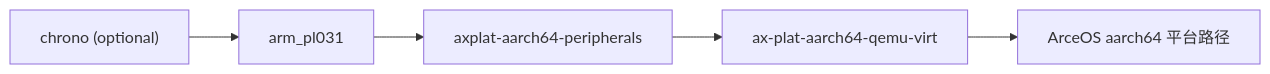
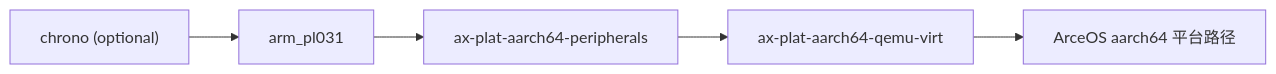
The second of 3 diagrams in docs/crates/arm_pl031.md (zKurisu/tgoskits), drawn with Mermaid before and after one commit. The commit also changed other lines of this file and 39 other files, not shown here.

Commit message:
rename axplat-aarch64-peripherals to ax-plat-aarch64-peripherals

````diff
--- a/docs/crates/arm_pl031.md
+++ b/docs/crates/arm_pl031.md
@@ -98,7 +98,7 @@
 ```mermaid
 graph LR
     chrono["chrono (optional)"] --> current["arm_pl031"]
-    current --> peripherals["axplat-aarch64-peripherals"]
+    current --> peripherals["ax-plat-aarch64-peripherals"]
     peripherals --> qemuvirt["ax-plat-aarch64-qemu-virt"]
     qemuvirt --> arceos["ArceOS aarch64 平台路径"]
 ```
````
